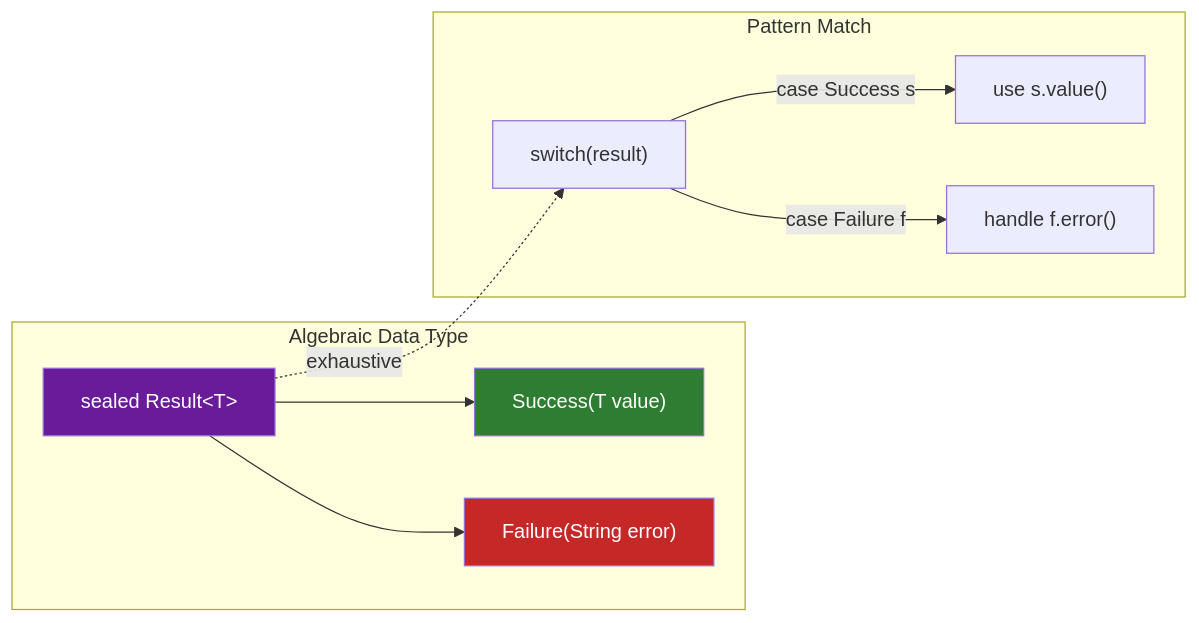
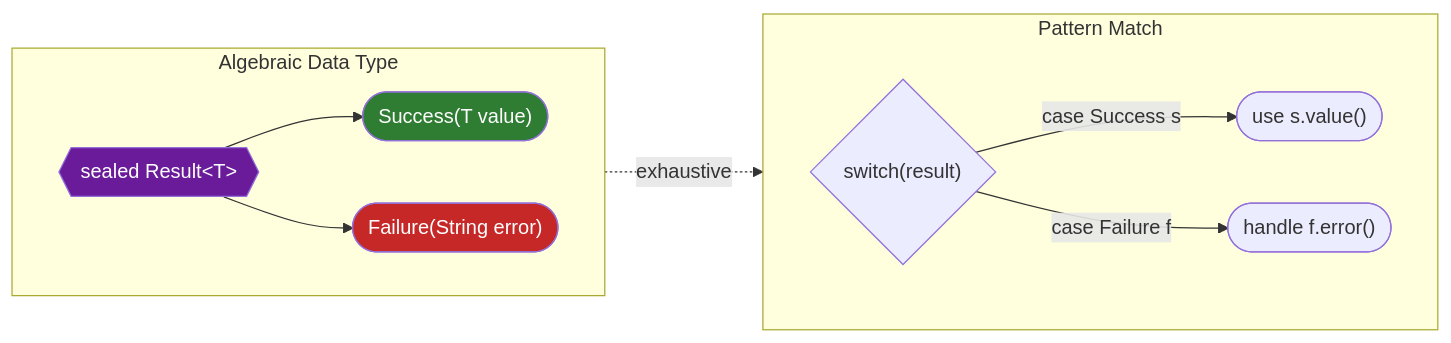
One commit to saivamsikaruturi/vamsilabs-dev-notes-main changed the third of 6 diagrams in docs/java/ModernJava.md. Above: the diagram before and after it, drawn with Mermaid. The commit also changed other lines of this file and 146 other files, not shown here.

Commit message:
Horizontal diagrams, UML class diagrams, typography overhaul, and permalink cleanup

````diff
--- a/docs/java/ModernJava.md
+++ b/docs/java/ModernJava.md
@@ -186,20 +186,22 @@
 ```mermaid
-graph LR
+flowchart LR
     subgraph "Algebraic Data Type"
-        Result["sealed Result&lt;T&gt;"]
-        Result --> Success["Success(T value)"]
-        Result --> Failure["Failure(String error)"]
+        direction LR
+        Result{{"sealed Result&lt;T&gt;"}}
+        Result --> Success(["Success(T value)"])
+        Result --> Failure(["Failure(String error)"])
     end
 
     subgraph "Pattern Match"
-        Switch["switch(result)"]
-        Switch -->|"case Success s"| Happy["use s.value()"]
-        Switch -->|"case Failure f"| Error["handle f.error()"]
+        direction LR
+        Switch{"switch(result)"}
+        Switch -->|"case Success s"| Happy(["use s.value()"])
+        Switch -->|"case Failure f"| Error(["handle f.error()"])
     end
 
     Result -.->|"exhaustive"| Switch
 
     style Result fill:#6A1B9A,color:#fff
     style Success fill:#2E7D32,color:#fff
     style Failure fill:#C62828,color:#fff
 ```
````
